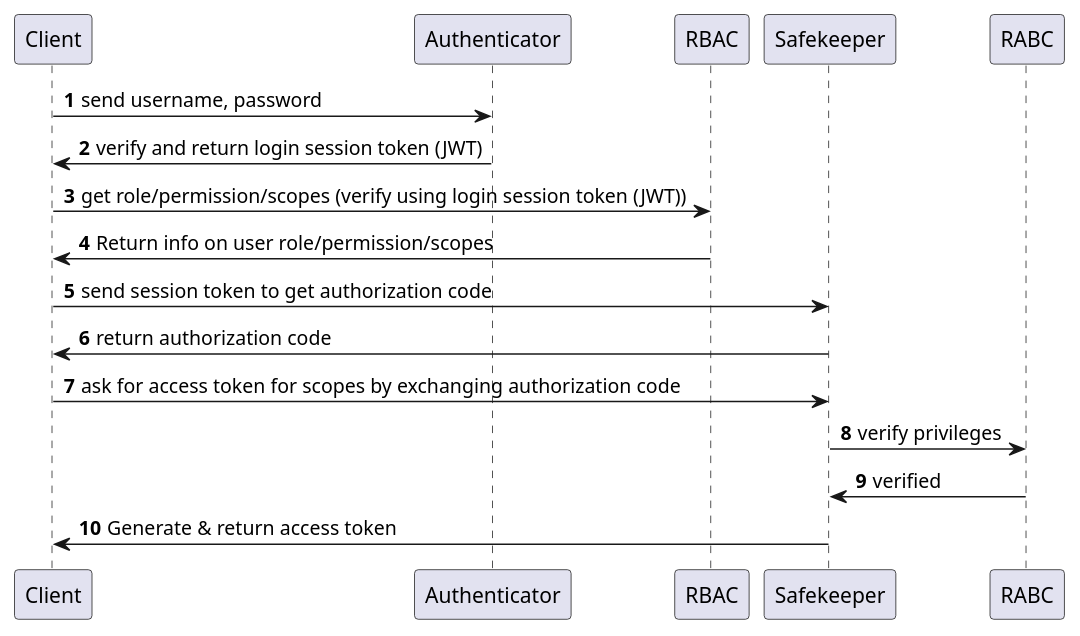
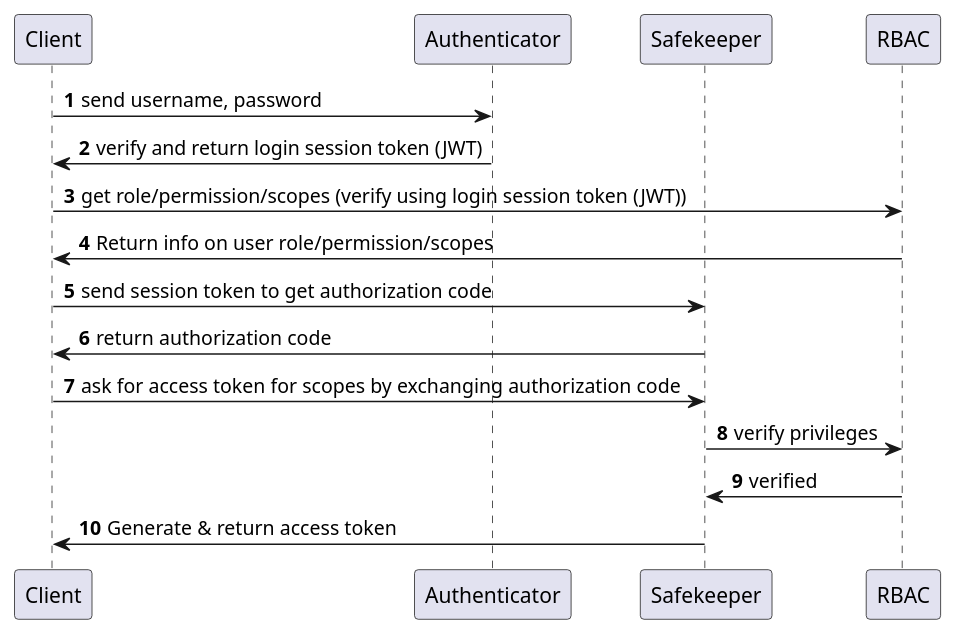
One commit to kiennt9696/task-management-api changed the diagram in images/oauth2_with_rbac.puml. Above: the diagram before and after it, drawn with PlantUML. The commit also changed 1 other file, not shown here.

```diff
--- a/images/oauth2_with_rbac.puml
+++ b/images/oauth2_with_rbac.puml
@@ -1,16 +1,20 @@
 @startuml
 'https://plantuml.com/sequence-diagram
 
 autonumber
+participant Client
+participant Authenticator
+participant Safekeeper
+participant RBAC
 
 Client -> Authenticator: send username, password
 Authenticator -> Client: verify and return login session token (JWT)
 Client -> RBAC:  get role/permission/scopes (verify using login session token (JWT))
 RBAC -> Client: Return info on user role/permission/scopes
 Client -> Safekeeper: send session token to get authorization code
 Safekeeper -> Client: return authorization code
 Client -> Safekeeper: ask for access token for scopes by exchanging authorization code
-Safekeeper -> RABC: verify privileges
-RABC -> Safekeeper: verified
+Safekeeper -> RBAC: verify privileges
+RBAC -> Safekeeper: verified
 Safekeeper -> Client: Generate & return access token
 @enduml
```
